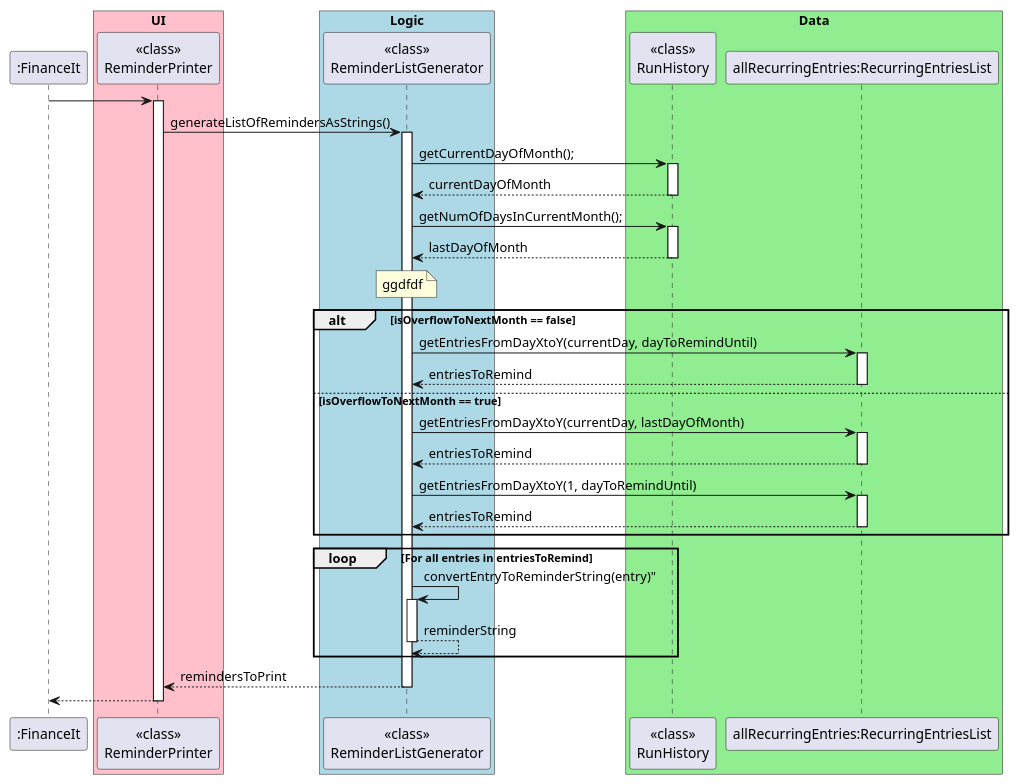
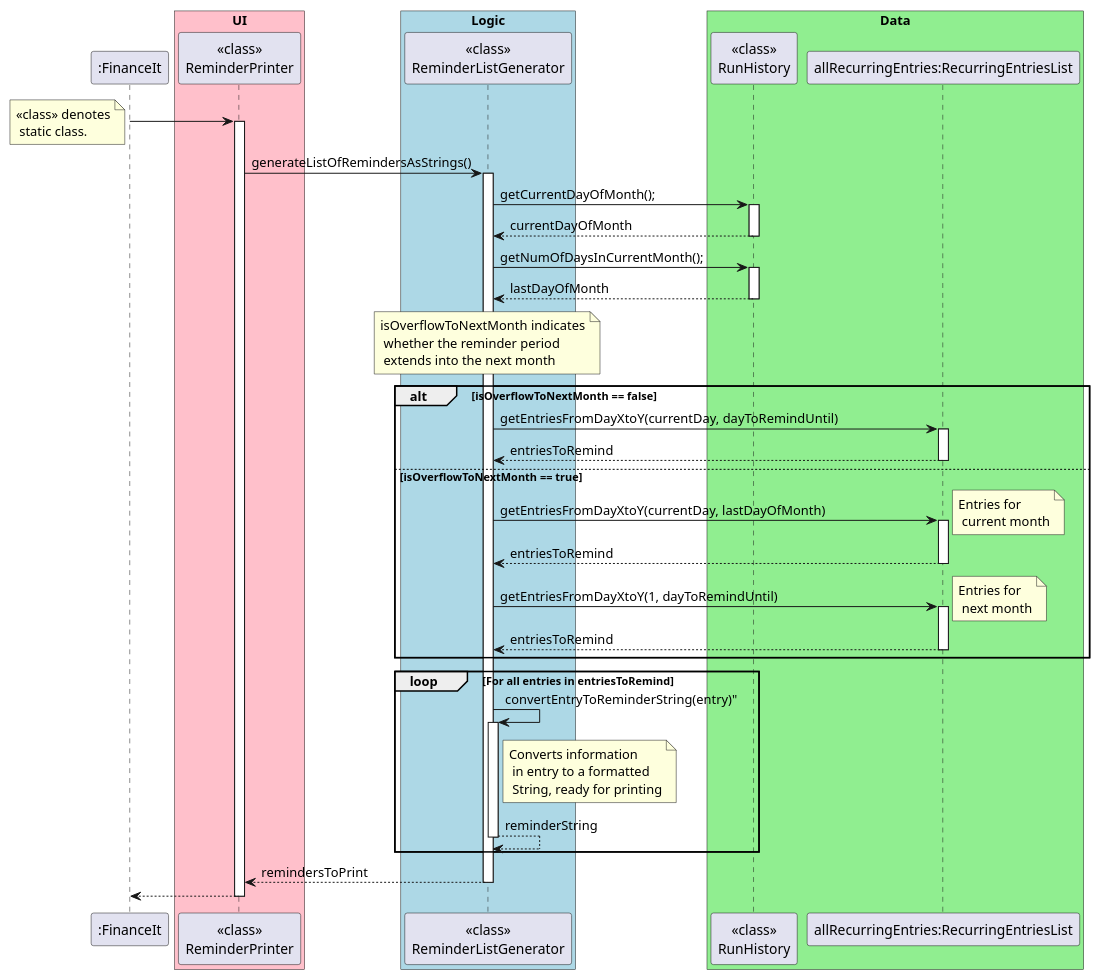
The diagram in docs/diagrams/recurringtracker/reminderSeqDiagram.puml (nus-cs2113-AY2021S1/tp), drawn with PlantUML before and after one commit. The commit also changed 15 other files, not shown here.

Commit message:
Fix checkstyle errors. Updated DG and UML diagrams

```diff
--- a/docs/diagrams/recurringtracker/reminderSeqDiagram.puml
+++ b/docs/diagrams/recurringtracker/reminderSeqDiagram.puml
@@ -1,42 +1,47 @@
 @startuml
 autoactivate on
 
+
 ":FinanceIt" -> "<<class>>\nReminderPrinter"
+note top: <<class>> denotes\n static class.
     "<<class>>\nReminderPrinter" -> "<<class>>\nReminderListGenerator": generateListOfRemindersAsStrings()
         "<<class>>\nReminderListGenerator" -> "<<class>>\nRunHistory": getCurrentDayOfMonth();
         return currentDayOfMonth
         "<<class>>\nReminderListGenerator" -> "<<class>>\nRunHistory": getNumOfDaysInCurrentMonth();
         return lastDayOfMonth
 
-        note over "<<class>>\nReminderListGenerator": ggdfdf
+        note over "<<class>>\nReminderListGenerator": isOverflowToNextMonth indicates\n whether the reminder period\n extends into the next month
         alt isOverflowToNextMonth == false
             "<<class>>\nReminderListGenerator" -> "allRecurringEntries:RecurringEntriesList": getEntriesFromDayXtoY(currentDay, dayToRemindUntil)
             return entriesToRemind
         else isOverflowToNextMonth == true
             "<<class>>\nReminderListGenerator" -> "allRecurringEntries:RecurringEntriesList": getEntriesFromDayXtoY(currentDay, lastDayOfMonth)
+            note right: Entries for\n current month
             return entriesToRemind
              "<<class>>\nReminderListGenerator" -> "allRecurringEntries:RecurringEntriesList": getEntriesFromDayXtoY(1, dayToRemindUntil)
+             note right: Entries for\n next month
             return entriesToRemind
         end
 
         loop For all entries in entriesToRemind
         "<<class>>\nReminderListGenerator" -> "<<class>>\nReminderListGenerator": convertEntryToReminderString(entry)"
+        note right "<<class>>\nReminderListGenerator": Converts information\n in entry to a formatted\n String, ready for printing
         return reminderString
 
         end
     return remindersToPrint
 return
 
 box "UI" #Pink
 participant "<<class>>\nReminderPrinter"
 endbox
 
 box "Logic" #LightBlue
 participant "<<class>>\nReminderListGenerator"
 endbox
 
 box "Data" #LightGreen
 participant "<<class>>\nRunHistory"
 participant "allRecurringEntries:RecurringEntriesList"
 endbox
 @enduml
```
